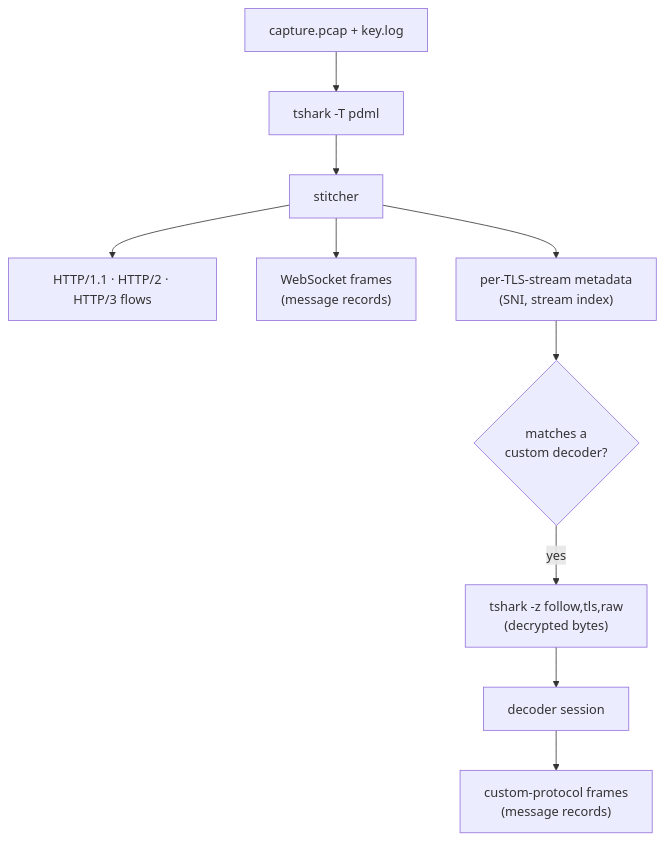
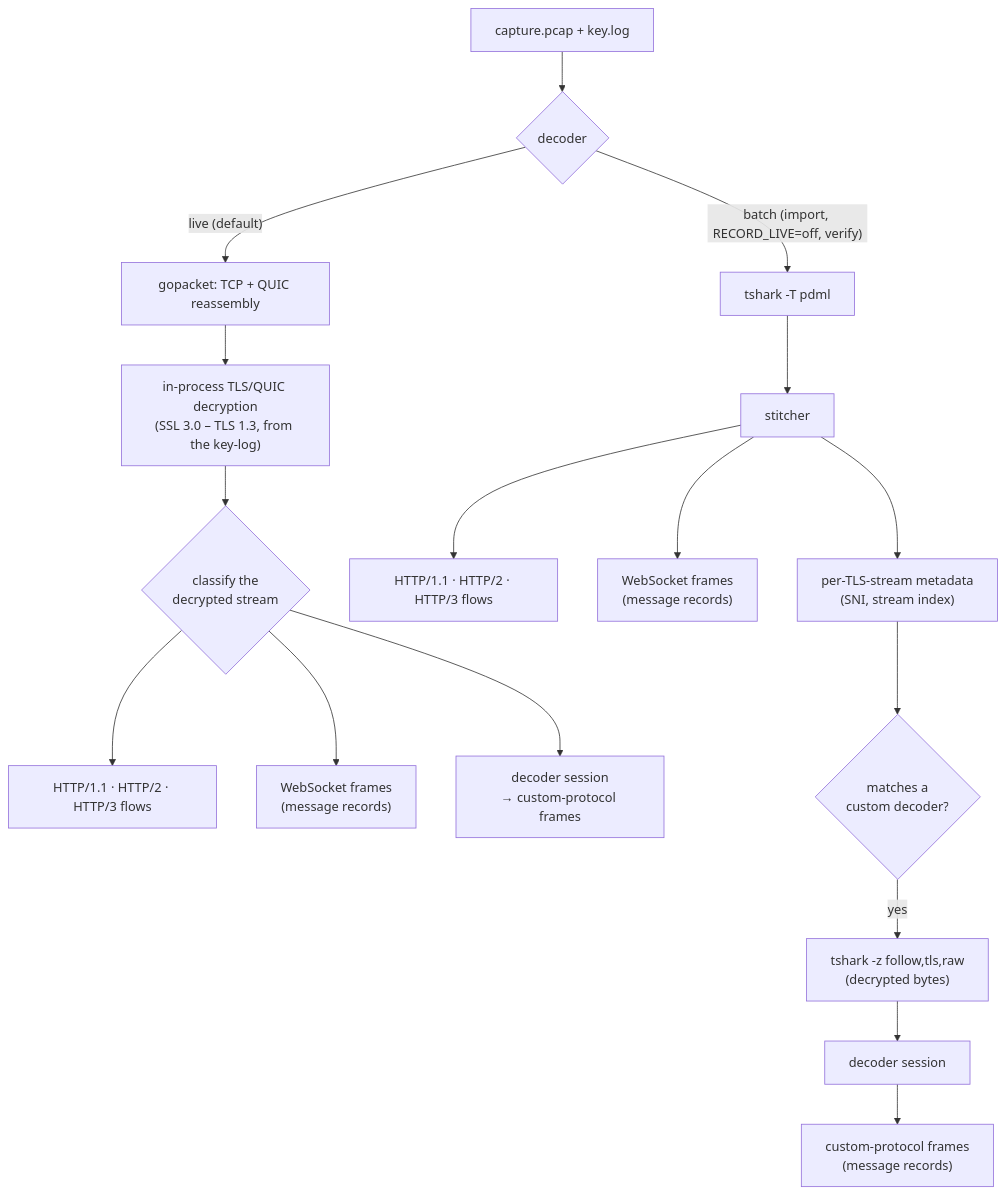
One commit to nklyshko/traffic-deck changed the second of 4 diagrams in docs/architecture.md. Above: the diagram before and after it, drawn with Mermaid. The commit also changed other lines of this file and 8 other files, not shown here.

````diff
--- a/docs/architecture.md
+++ b/docs/architecture.md
@@ -71,12 +72,21 @@
 ```mermaid
 flowchart TD
-  pcap[capture.pcap + key.log] --> tshark["tshark -T pdml"]
+  pcap["capture.pcap + key.log"] --> which{decoder}
+
+  which -- "live (default)" --> gopacket["gopacket: TCP + QUIC reassembly"]
+  gopacket --> tlsdec["in-process TLS/QUIC decryption\n(SSL 3.0 – TLS 1.3, from the key-log)"]
+  tlsdec --> classify{"classify the\ndecrypted stream"}
+  classify --> nhttp["HTTP/1.1 · HTTP/2 · HTTP/3 flows"]
+  classify --> nws["WebSocket frames\n(message records)"]
+  classify --> ndec["decoder session\n→ custom-protocol frames"]
+
+  which -- "batch (import, RECORD_LIVE=off, verify)" --> tshark["tshark -T pdml"]
   tshark --> stitch[stitcher]
   stitch --> http["HTTP/1.1 · HTTP/2 · HTTP/3 flows"]
   stitch --> ws["WebSocket frames\n(message records)"]
   stitch --> meta["per-TLS-stream metadata\n(SNI, stream index)"]
   meta --> match{matches a\ncustom decoder?}
   match -- yes --> follow["tshark -z follow,tls,raw\n(decrypted bytes)"]
   follow --> dec[decoder session]
   dec --> custom["custom-protocol frames\n(message records)"]
 ```
````
